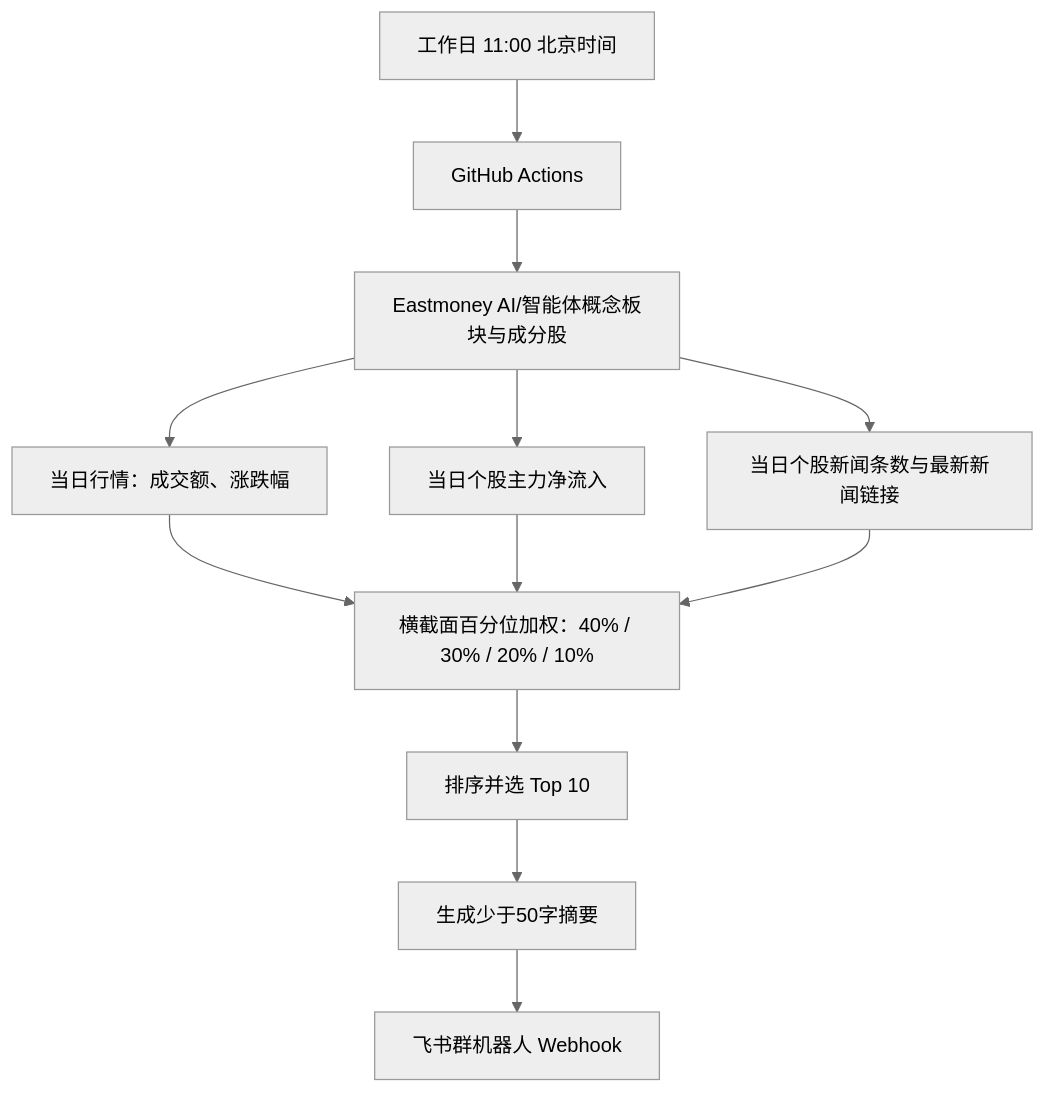
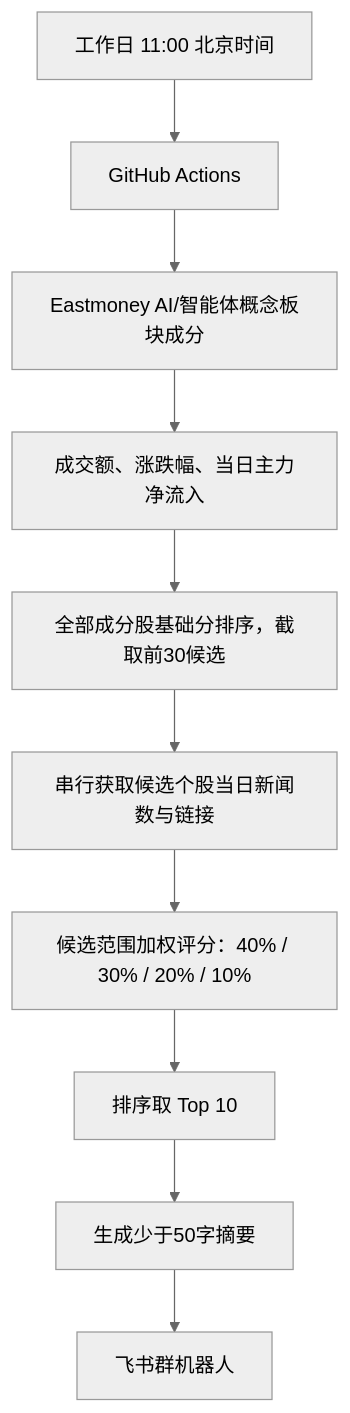
Before and after one commit to raochuanxiang/a-share-agent-daily: the diagram in docs/flowchart.mmd, drawn with Mermaid (neutral theme). The commit also changed 3 other files, not shown here.

```diff
--- a/docs/flowchart.mmd
+++ b/docs/flowchart.mmd
@@ -1,12 +1,10 @@
 flowchart TD
  A[工作日 11:00 北京时间] --> B[GitHub Actions]
- B --> C[Eastmoney AI/智能体概念板块与成分股]
- C --> D[当日行情：成交额、涨跌幅]
- C --> E[当日个股主力净流入]
- C --> F[当日个股新闻条数与最新新闻链接]
- D --> G[横截面百分位加权：40% / 30% / 20% / 10%]
- E --> G
- F --> G
- G --> H[排序并选 Top 10]
+ B --> C[Eastmoney AI/智能体概念板块成分]
+ C --> D[成交额、涨跌幅、当日主力净流入]
+ D --> E[全部成分股基础分排序，截取前30候选]
+ E --> F[串行获取候选个股当日新闻数与链接]
+ F --> G[候选范围加权评分：40% / 30% / 20% / 10%]
+ G --> H[排序取 Top 10]
  H --> I[生成少于50字摘要]
- I --> J[飞书群机器人 Webhook]
+ I --> J[飞书群机器人]
```
